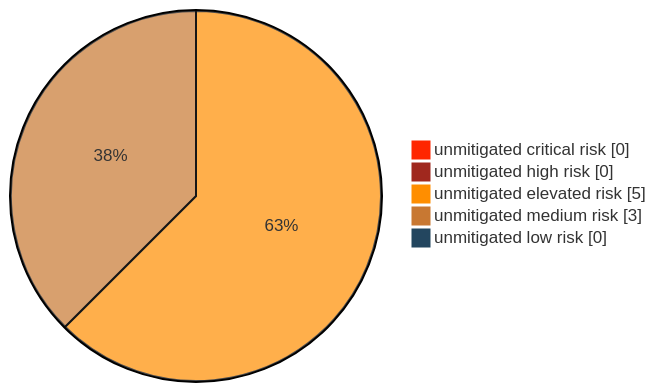
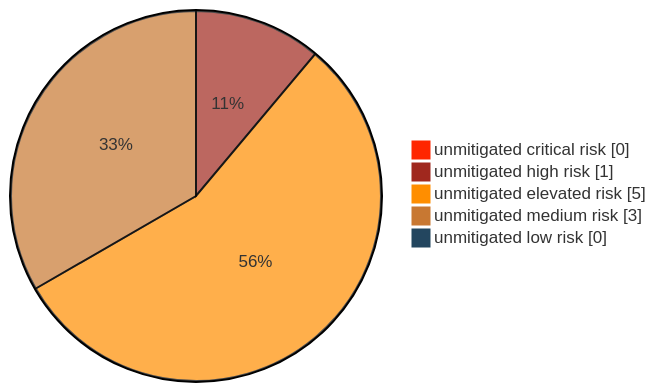
One commit to 0x3f8/threat-model-demo changed the first of 2 diagrams in report/adocReport/030_RiskMitigationStatus.adoc. Above: the diagram before and after it, drawn with Mermaid. The commit also changed other lines of this file and 21 other files, not shown here.

```diff
--- a/report/adocReport/030_RiskMitigationStatus.adoc
+++ b/report/adocReport/030_RiskMitigationStatus.adoc
@@ -75,10 +75,10 @@
 [mermaid]
 ....
 %%{init: {'pie' : {'textPosition' : 0.5}, 'theme': 'base', 'themeVariables': { 'pie1': '#FF2600', 'pie2': '#A0281E', 'pie3': '#FF8E00', 'pie4': '#C87832', 'pie5': '#23465F'}}}%%
 pie showData
   "unmitigated critical risk" : 0
-  "unmitigated high risk" : 0
+  "unmitigated high risk" : 1
   "unmitigated elevated risk" : 5
   "unmitigated medium risk" : 3
   "unmitigated low risk" : 0
 ....
```
